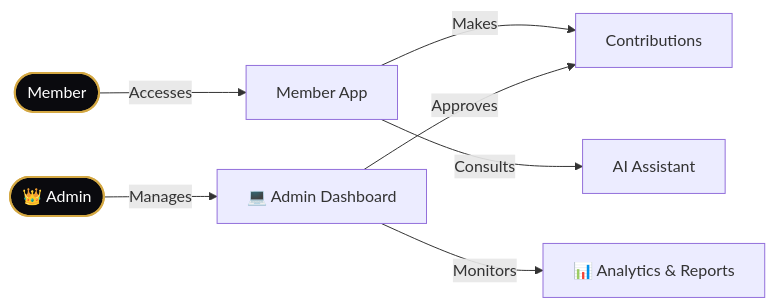
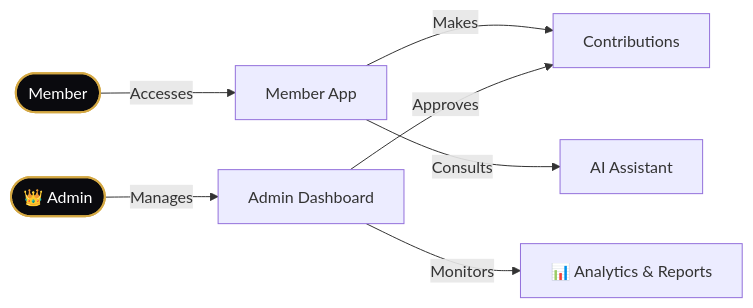
One commit to iiradukunda-dev/shinecon changed the diagram in README.md. Above: the diagram before and after it, drawn with Mermaid.

````diff
--- a/README.md
+++ b/README.md
@@ -53,16 +53,16 @@
 ```mermaid
 flowchart LR
     %% User Journey
     Member([ Member]) -->|Accesses| App[ Member App]
     App -->|Makes| Contrib[ Contributions]
     App -->|Consults| AI[ AI Assistant]
     
     %% Admin Journey
-    Admin([👑 Admin]) -->|Manages| Dash[💻 Admin Dashboard]
+    Admin([👑 Admin]) -->|Manages| Dash[ Admin Dashboard]
     Dash -->|Approves| Contrib
     Dash -->|Monitors| Analytics[📊 Analytics & Reports]
     
     %% Styling
     style Member fill:#0a0a0e,stroke:#d4a843,stroke-width:2px,color:#fff
     style Admin fill:#0a0a0e,stroke:#d4a843,stroke-width:2px,color:#fff
 ```
````
